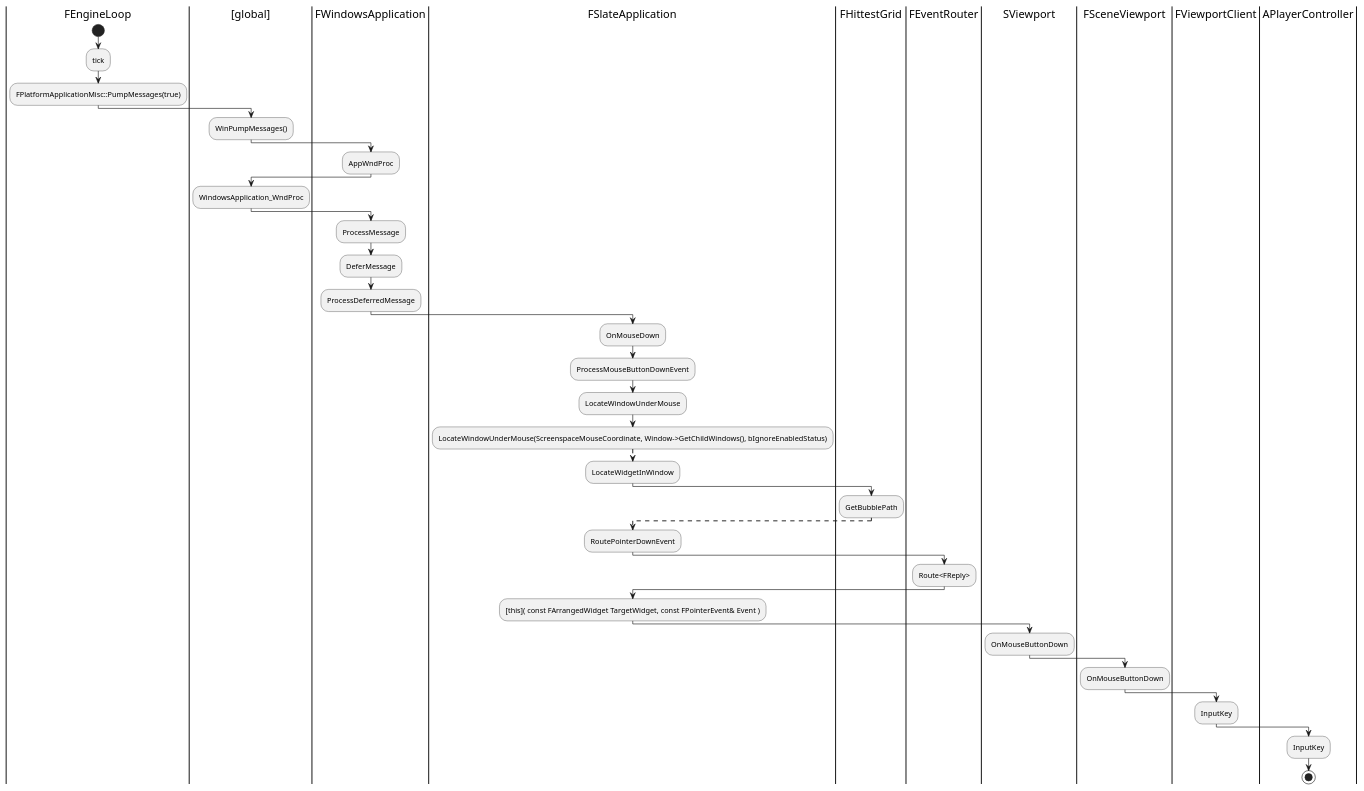
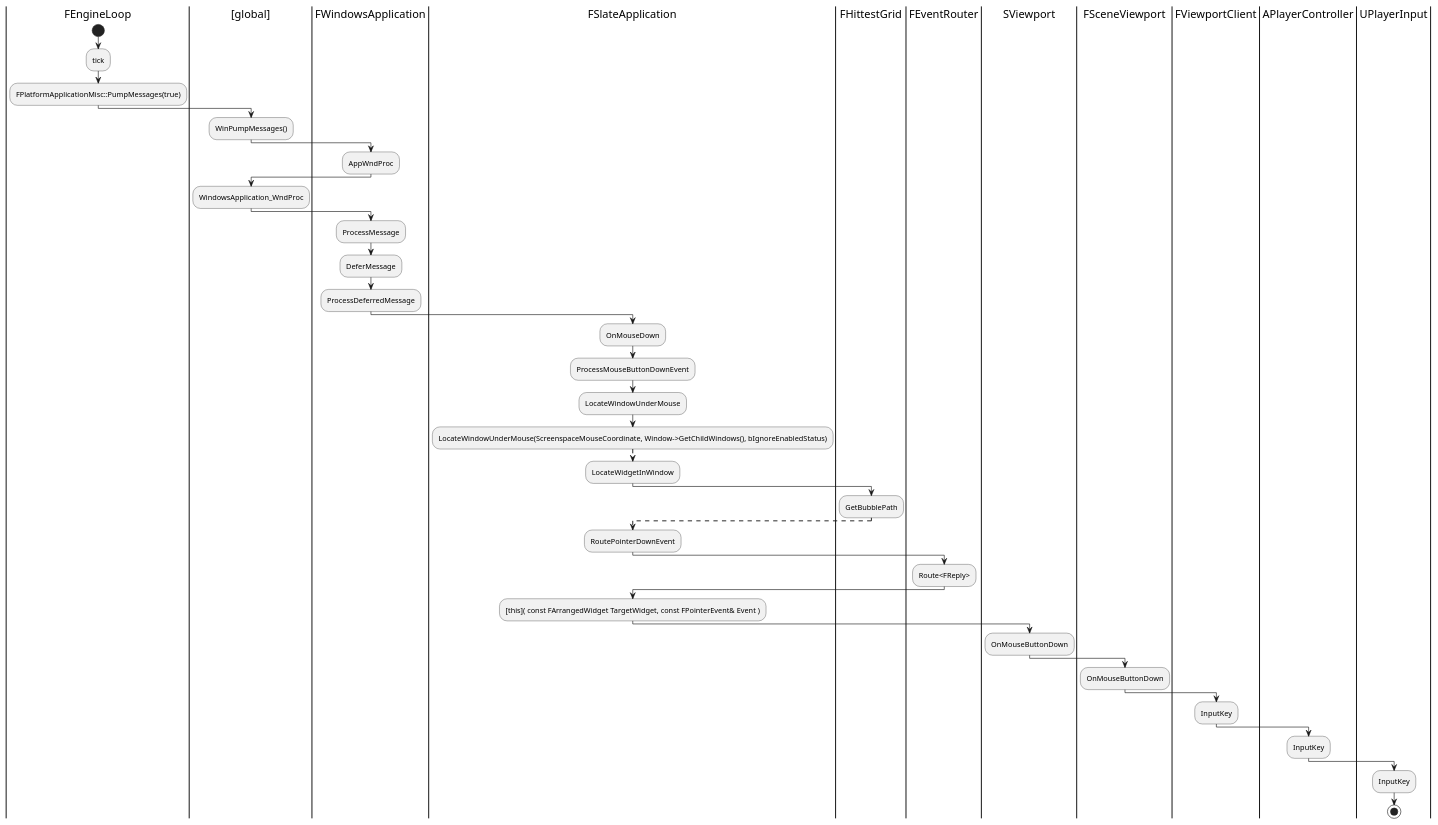
The diagram in Doc/UE/ad_input.pu (wsw364321644/Renderer), drawn with PlantUML before and after one commit. The commit also changed 5 other files, not shown here.

```diff
--- a/Doc/UE/ad_input.pu
+++ b/Doc/UE/ad_input.pu
@@ -1,44 +1,45 @@
 @startuml
 |FEngineLoop|
 start
 :tick;
 :FPlatformApplicationMisc::PumpMessages(true);
 |[global]|
 :WinPumpMessages();
 
 |FWindowsApplication|
 :AppWndProc;
 |[global]|
 :WindowsApplication_WndProc;
 |FWindowsApplication|
 :ProcessMessage;
 :DeferMessage;
 :ProcessDeferredMessage;
 |FSlateApplication|
 :OnMouseDown;
 :ProcessMouseButtonDownEvent;
 :LocateWindowUnderMouse;
 :LocateWindowUnderMouse(ScreenspaceMouseCoordinate, Window->GetChildWindows(), bIgnoreEnabledStatus);
 -[dashed]->
 :LocateWidgetInWindow;
 |FHittestGrid|
 :GetBubblePath;
 -[dashed]->
 |FSlateApplication|
 :RoutePointerDownEvent;
 |FEventRouter|
 :Route<FReply>;
 |FSlateApplication|
 :[this]( const FArrangedWidget TargetWidget, const FPointerEvent& Event );
 |SViewport|
 :OnMouseButtonDown;
 |FSceneViewport|
 :OnMouseButtonDown;
 |FViewportClient|
 :InputKey;
 |APlayerController|
 :InputKey;
-
+|UPlayerInput|
+:InputKey;
 
 stop
 @enduml
```
